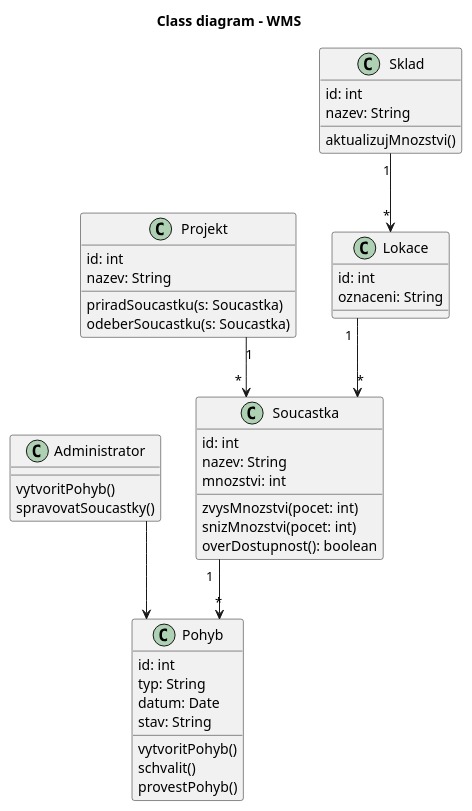
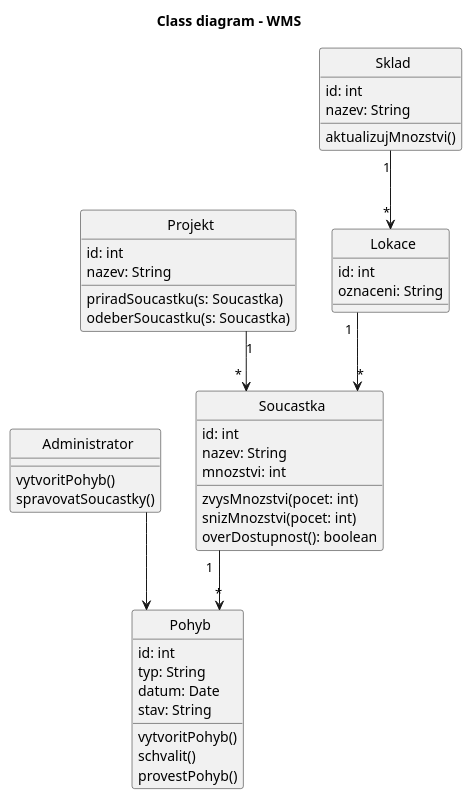
Before and after one commit to lkvapil/wms-elektronicke-soucastky: the diagram in diagrams/02_class_diagram.puml, drawn with PlantUML. The commit also changed 2 other files, not shown here.

Commit message:
fix: odstraneny C ikony z class diagramu

```diff
--- a/diagrams/02_class_diagram.puml
+++ b/diagrams/02_class_diagram.puml
@@ -1,59 +1,61 @@
 @startuml
 title Class diagram - WMS
 top to bottom direction
 skinparam linetype ortho
 skinparam classAttributeIconSize 0
+skinparam CircledCharacterRadius 0
+skinparam CircledCharacterFontSize 0
 
 class Administrator {
   vytvoritPohyb()
   spravovatSoucastky()
 }
 
 class Projekt {
   id: int
   nazev: String
 
   priradSoucastku(s: Soucastka)
   odeberSoucastku(s: Soucastka)
 }
 
 class Soucastka {
   id: int
   nazev: String
   mnozstvi: int
 
   zvysMnozstvi(pocet: int)
   snizMnozstvi(pocet: int)
   overDostupnost(): boolean
 }
 
 class Pohyb {
   id: int
   typ: String
   datum: Date
   stav: String
 
   vytvoritPohyb()
   schvalit()
   provestPohyb()
 }
 
 class Sklad {
   id: int
   nazev: String
 
   aktualizujMnozstvi()
 }
 
 class Lokace {
   id: int
   oznaceni: String
 }
 
 Administrator --> Pohyb
 Projekt "1" --> "*" Soucastka
 Soucastka "1" --> "*" Pohyb
 Sklad "1" --> "*" Lokace
 Lokace "1" --> "*" Soucastka
 
 @enduml
```
